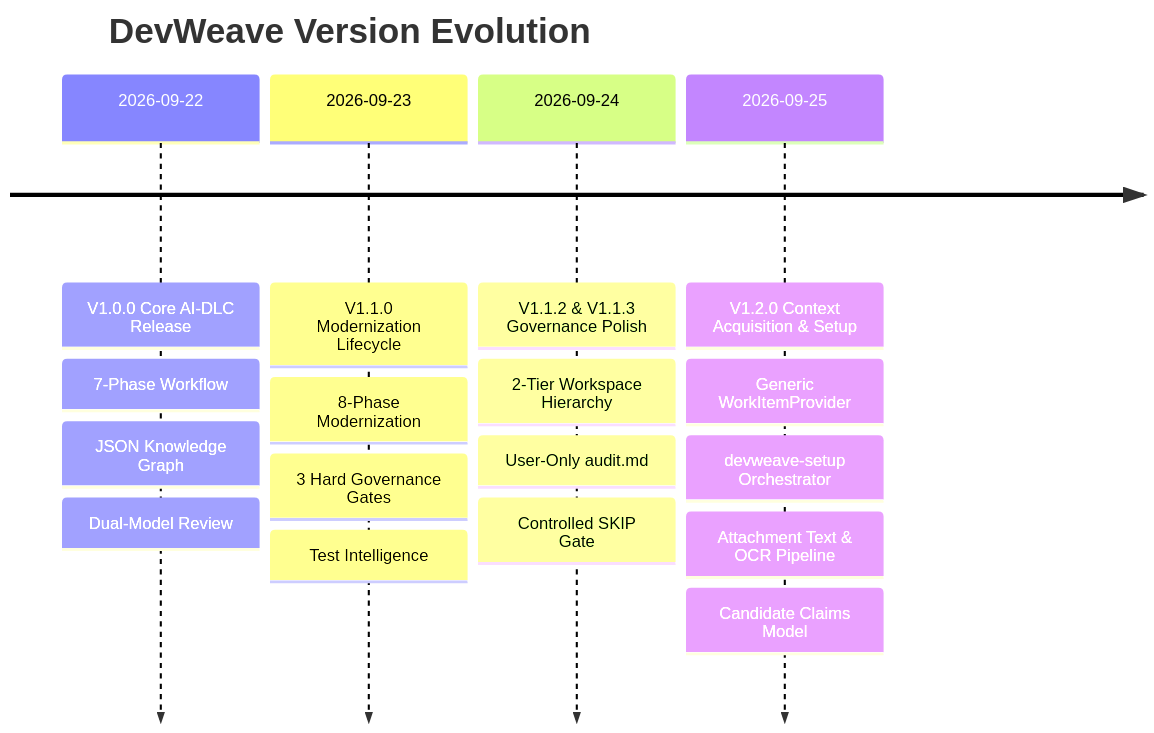
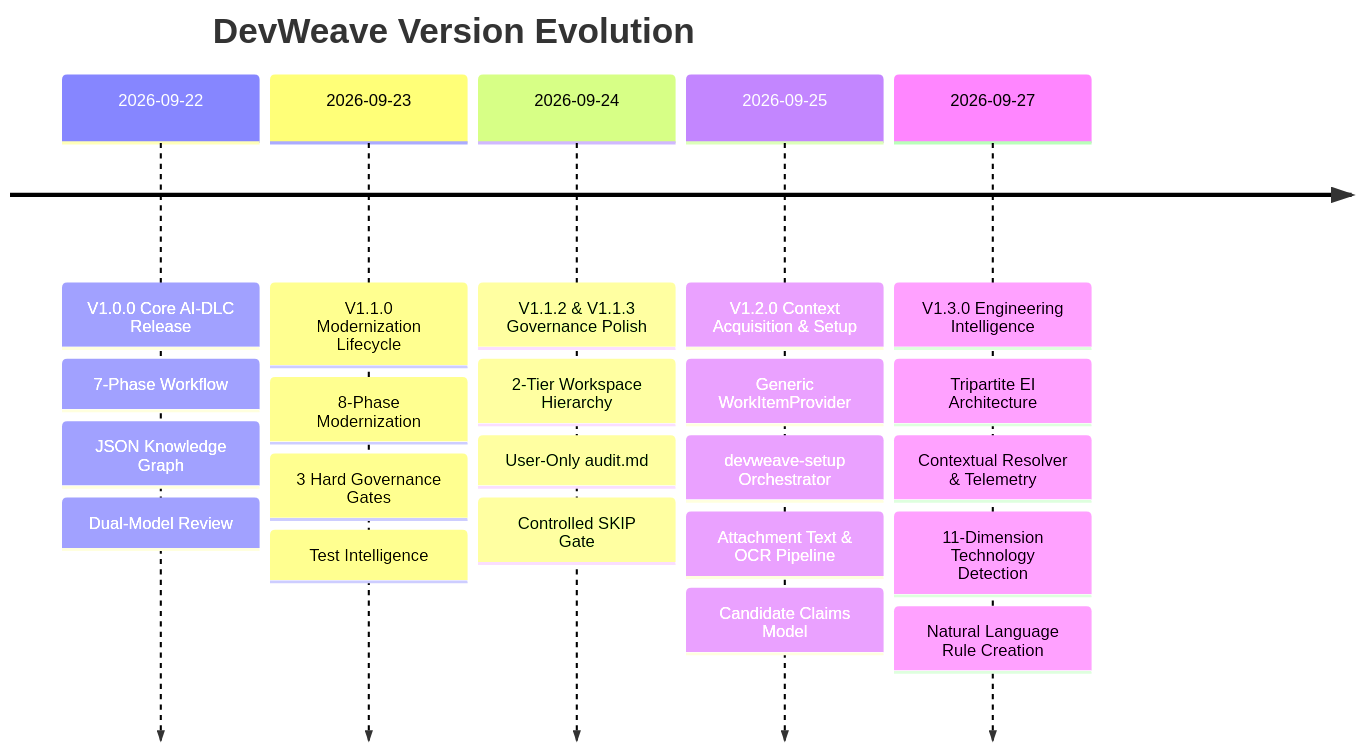
Before and after one commit to paarthivnaik/DevWeave: the diagram in VERSION.md, drawn with Mermaid. The commit also changed other lines of this file and 46 other files, not shown here.

Commit message:
Implemented engineering intelligence

````diff
--- a/VERSION.md
+++ b/VERSION.md
@@ -24,21 +24,26 @@
 ```mermaid
 timeline
     title DevWeave Version Evolution
     2026-09-22 : V1.0.0 Core AI-DLC Release
                : 7-Phase Workflow
                : JSON Knowledge Graph
                : Dual-Model Review
     2026-09-23 : V1.1.0 Modernization Lifecycle
                : 8-Phase Modernization
                : 3 Hard Governance Gates
                : Test Intelligence
     2026-09-24 : V1.1.2 & V1.1.3 Governance Polish
                : 2-Tier Workspace Hierarchy
                : User-Only audit.md
                : Controlled SKIP Gate
     2026-09-25 : V1.2.0 Context Acquisition & Setup
                : Generic WorkItemProvider
                : devweave-setup Orchestrator
                : Attachment Text & OCR Pipeline
                : Candidate Claims Model
+    2026-09-27 : V1.3.0 Engineering Intelligence
+               : Tripartite EI Architecture
+               : Contextual Resolver & Telemetry
+               : 11-Dimension Technology Detection
+               : Natural Language Rule Creation
 ```
````
